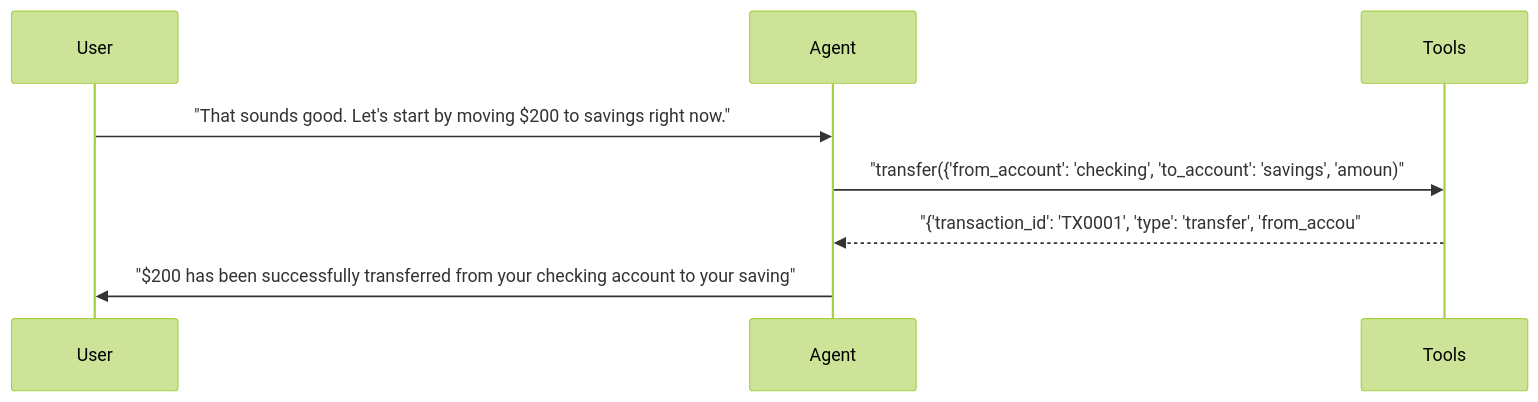
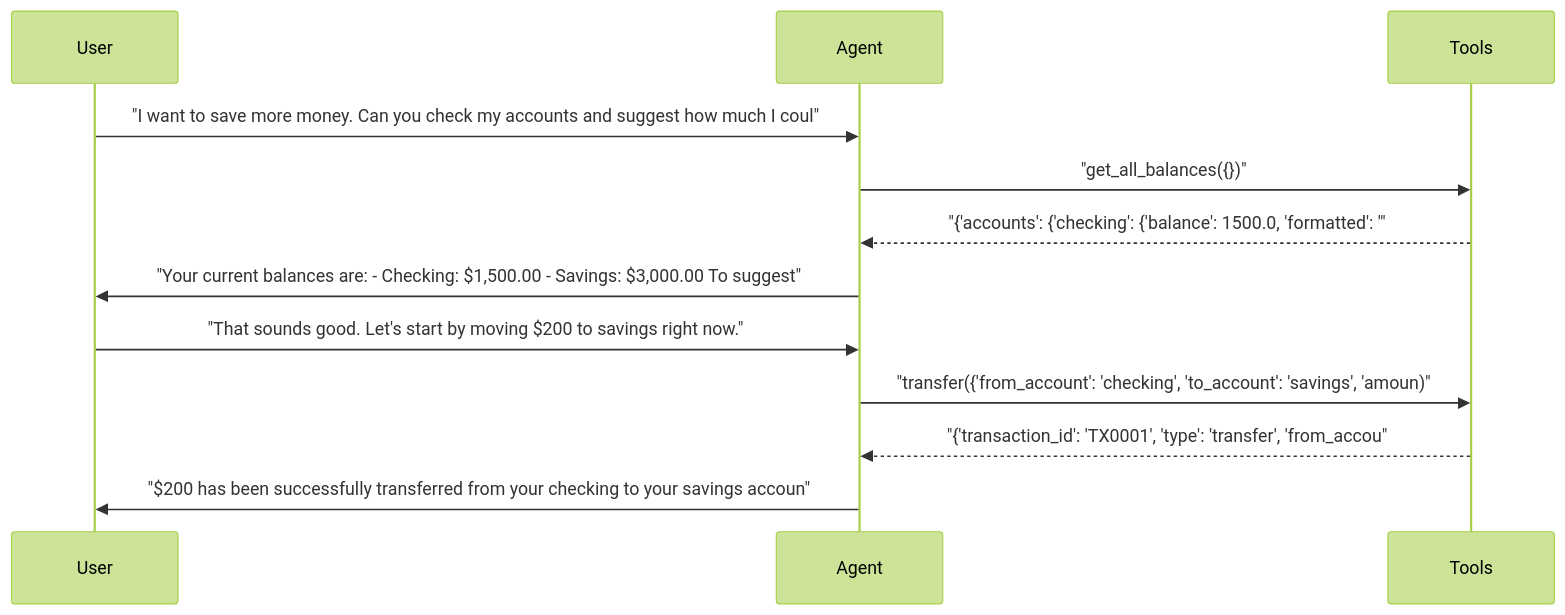
Before and after one commit to sbroenne/pytest-aitest: diagram 14 of 24 in docs/demo/hero-report.md, drawn with Mermaid (forest theme). The commit also changed other lines of this file and 34 other files, not shown here.

````diff
--- a/docs/demo/hero-report.md
+++ b/docs/demo/hero-report.md
@@ -773,11 +759,15 @@
 ```mermaid
 sequenceDiagram
     participant User
     participant Agent
     participant Tools
 
+    User->>Agent: "I want to save more money. Can you check my accounts and suggest how much I coul"
+    Agent->>Tools: "get_all_balances({})"
+    Tools-->>Agent: "{'accounts': {'checking': {'balance': 1500.0, 'formatted': '"
+    Agent->>User: "Your current balances are: - Checking: $1,500.00 - Savings: $3,000.00 To suggest"
     User->>Agent: "That sounds good. Let's start by moving $200 to savings right now."
     Agent->>Tools: "transfer({'from_account': 'checking', 'to_account': 'savings', 'amoun)"
     Tools-->>Agent: "{'transaction_id': 'TX0001', 'type': 'transfer', 'from_accou"
-    Agent->>User: "$200 has been successfully transferred from your checking account to your saving"
+    Agent->>User: "$200 has been successfully transferred from your checking to your savings accoun"
 ```
````
